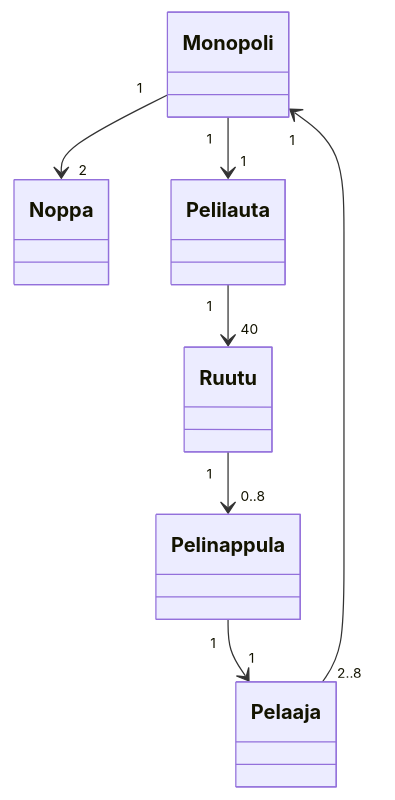
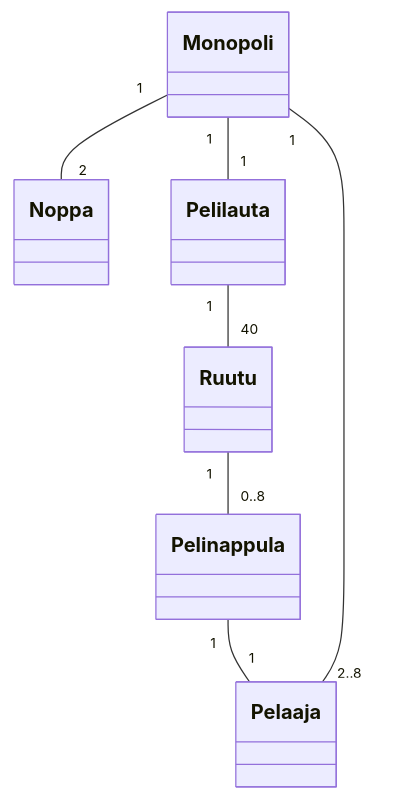
One commit to sannilatvala/ot-harjoitustyo changed the diagram in laskarit/viikko3/monopoliluokkakaavio.md. Above: the diagram before and after it, drawn with Mermaid.

````diff
--- a/laskarit/viikko3/monopoliluokkakaavio.md
+++ b/laskarit/viikko3/monopoliluokkakaavio.md
@@ -1,9 +1,9 @@
 ```mermaid
 classDiagram
-	Monopoli "1" --> "2" Noppa
-	Monopoli "1" --> "1" Pelilauta
-	Pelilauta "1" --> "40" Ruutu
-	Ruutu "1" --> "0..8" Pelinappula
-	Pelinappula "1" --> "1" Pelaaja
-	Pelaaja "2..8" --> "1" Monopoli
+	Monopoli "1" -- "2" Noppa
+	Monopoli "1" -- "1" Pelilauta
+	Pelilauta "1" -- "40" Ruutu
+	Ruutu "1" -- "0..8" Pelinappula
+	Pelinappula "1" -- "1" Pelaaja
+	Pelaaja "2..8" -- "1" Monopoli
 ```
````
